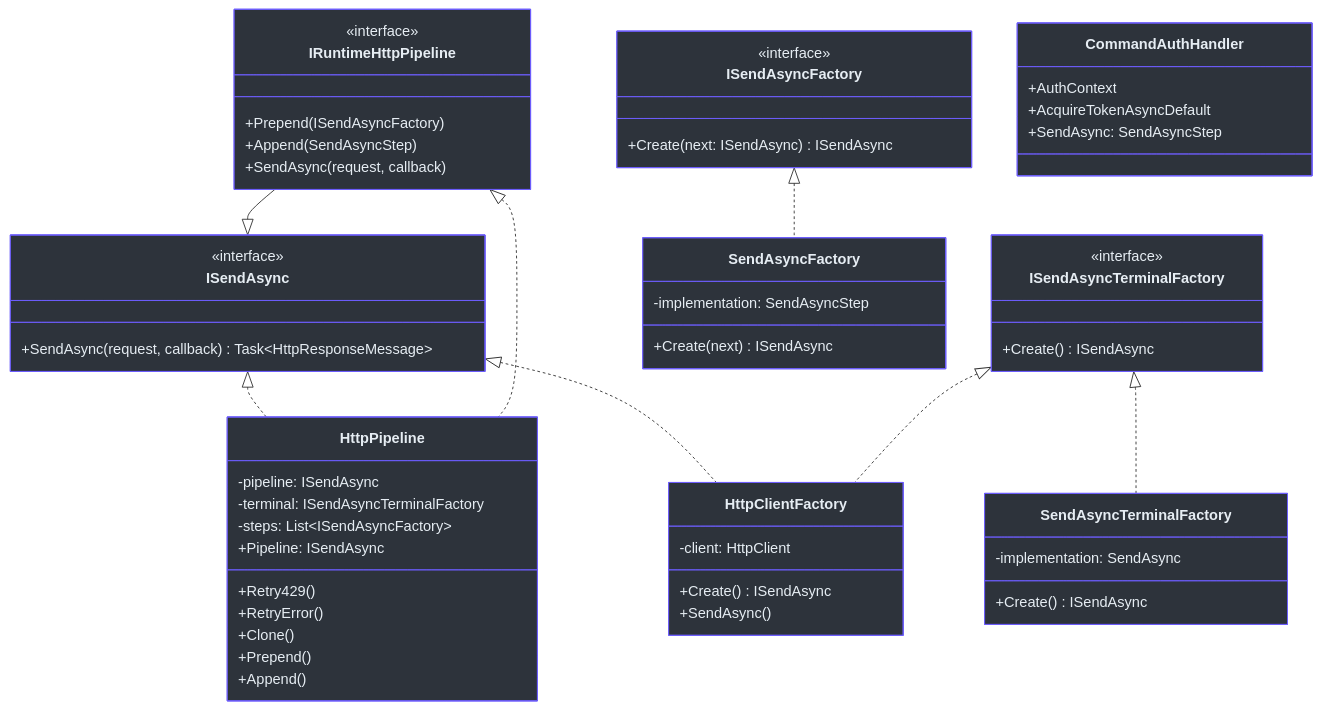
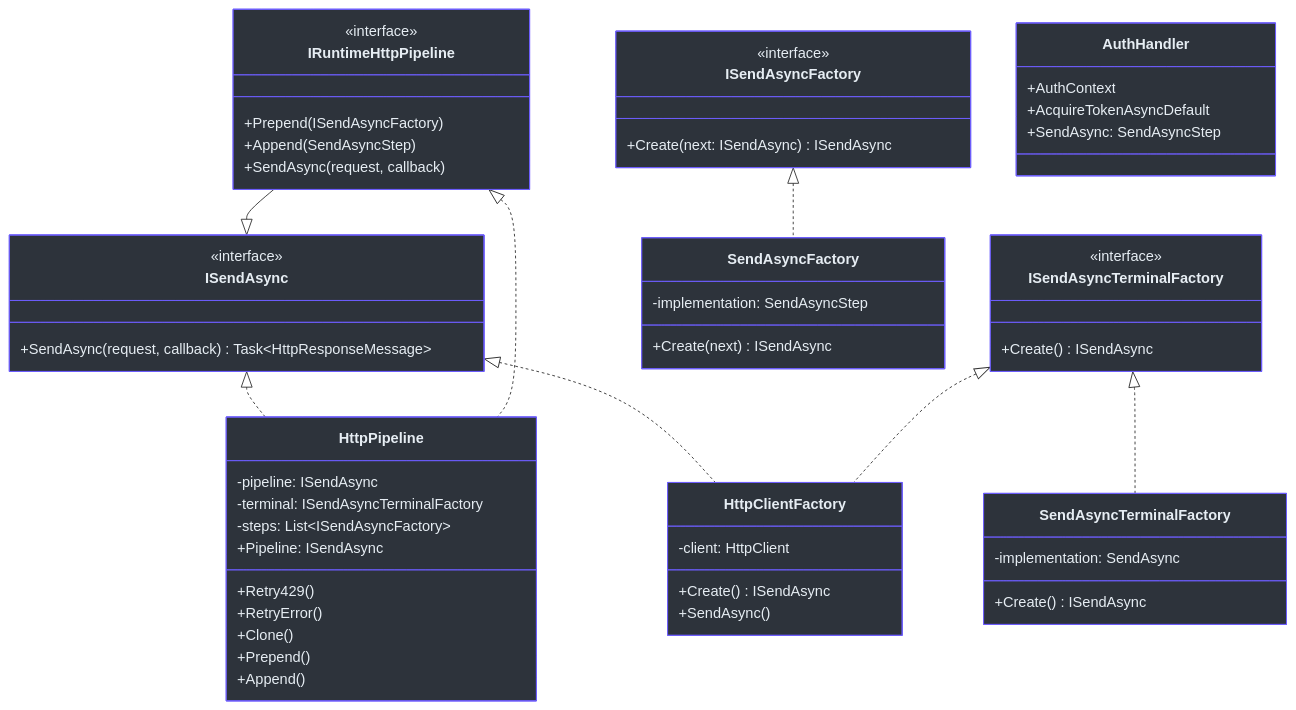
Before and after one commit to Azure/azclips: the first of 2 diagrams in wiki/02-deep-dive/http-pipeline.md, drawn with Mermaid. The commit also changed other lines of this file and 35 other files, not shown here.

````diff
--- a/wiki/02-deep-dive/http-pipeline.md
+++ b/wiki/02-deep-dive/http-pipeline.md
@@ -12,78 +12,78 @@
 ```mermaid
 classDiagram
     direction TB
 
     class ISendAsync {
         <<interface>>
         +SendAsync(request, callback) Task~HttpResponseMessage~
     }
 
     class ISendAsyncFactory {
         <<interface>>
         +Create(next: ISendAsync) ISendAsync
     }
 
     class ISendAsyncTerminalFactory {
         <<interface>>
         +Create() ISendAsync
     }
 
     class IRuntimeHttpPipeline {
         <<interface>>
         +Prepend(ISendAsyncFactory)
         +Append(SendAsyncStep)
         +SendAsync(request, callback)
     }
 
     class HttpPipeline {
         -pipeline: ISendAsync
         -terminal: ISendAsyncTerminalFactory
         -steps: List~ISendAsyncFactory~
         +Pipeline: ISendAsync
         +Retry429()
         +RetryError()
         +Clone()
         +Prepend()
         +Append()
     }
 
     class SendAsyncFactory {
         -implementation: SendAsyncStep
         +Create(next) ISendAsync
     }
 
     class SendAsyncTerminalFactory {
         -implementation: SendAsync
         +Create() ISendAsync
     }
 
     class HttpClientFactory {
         -client: HttpClient
         +Create() ISendAsync
         +SendAsync()
     }
 
-    class CommandAuthHandler {
+    class AuthHandler {
         +AuthContext
         +AcquireTokenAsyncDefault
         +SendAsync: SendAsyncStep
     }
 
     ISendAsync <|.. HttpPipeline
     ISendAsync <|.. HttpClientFactory
     ISendAsyncFactory <|.. SendAsyncFactory
     ISendAsyncTerminalFactory <|.. HttpClientFactory
     ISendAsyncTerminalFactory <|.. SendAsyncTerminalFactory
     IRuntimeHttpPipeline <|.. HttpPipeline
     IRuntimeHttpPipeline --|> ISendAsync
 
     style ISendAsync fill:#2d333b,stroke:#6d5dfc,color:#e6edf3
     style ISendAsyncFactory fill:#2d333b,stroke:#6d5dfc,color:#e6edf3
     style ISendAsyncTerminalFactory fill:#2d333b,stroke:#6d5dfc,color:#e6edf3
     style IRuntimeHttpPipeline fill:#2d333b,stroke:#6d5dfc,color:#e6edf3
     style HttpPipeline fill:#2d333b,stroke:#6d5dfc,color:#e6edf3
     style SendAsyncFactory fill:#2d333b,stroke:#6d5dfc,color:#e6edf3
     style SendAsyncTerminalFactory fill:#2d333b,stroke:#6d5dfc,color:#e6edf3
     style HttpClientFactory fill:#2d333b,stroke:#6d5dfc,color:#e6edf3
-    style CommandAuthHandler fill:#2d333b,stroke:#6d5dfc,color:#e6edf3
+    style AuthHandler fill:#2d333b,stroke:#6d5dfc,color:#e6edf3
 ```
````
